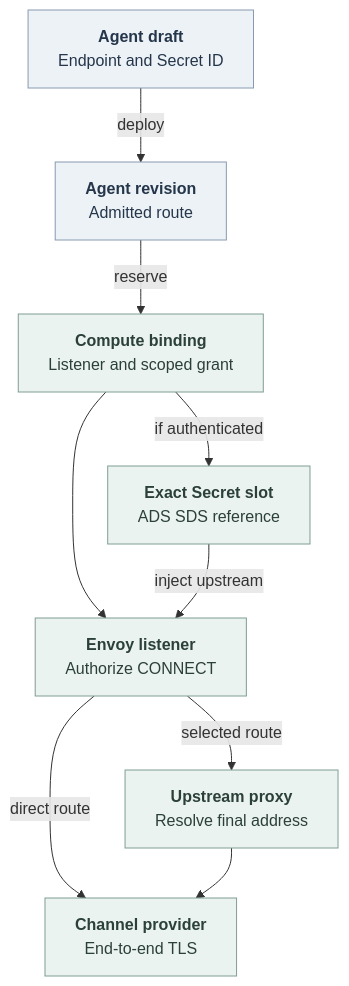
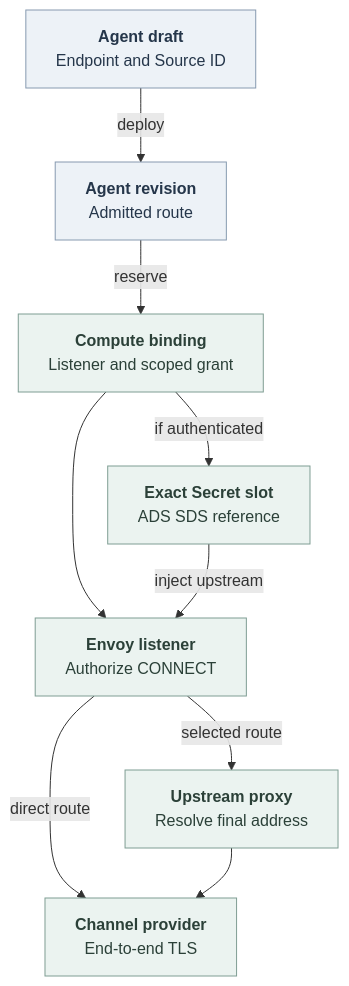
Before and after one commit to openclaw/openclaw-enterprise: the second of 2 diagrams in docs/flows/channel-egress.md, drawn with Mermaid. The commit also changed other lines of this file and 33 other files, not shown here.

````diff
--- a/docs/flows/channel-egress.md
+++ b/docs/flows/channel-egress.md
@@ -75,20 +75,20 @@
 ```mermaid
 ---
 config:
   flowchart:
     htmlLabels: true
 ---
 flowchart TB
-  Draft["<b>Agent draft</b><br/>Endpoint and Secret ID"] -->|deploy| Revision["<b>Agent revision</b><br/>Admitted route"]
+  Draft["<b>Agent draft</b><br/>Endpoint and Source ID"] -->|deploy| Revision["<b>Agent revision</b><br/>Admitted route"]
   Revision -->|reserve| Binding["<b>Compute binding</b><br/>Listener and scoped grant"]
   Binding -->|if authenticated| Slot["<b>Exact Secret slot</b><br/>ADS SDS reference"]
   Binding --> Envoy["<b>Envoy listener</b><br/>Authorize CONNECT"]
   Slot -->|inject upstream| Envoy
   Envoy -->|direct route| Provider["<b>Channel provider</b><br/>End-to-end TLS"]
   Envoy -->|selected route| Proxy["<b>Upstream proxy</b><br/>Resolve final address"]
   Proxy --> Provider
   classDef state fill:#EDF2F7,stroke:#879AB0,color:#25364A,stroke-width:1px
   classDef operation fill:#EBF3F0,stroke:#7F9D93,color:#2B4038,stroke-width:1px
   class Draft,Revision state
   class Binding,Slot,Envoy,Proxy,Provider operation
 ```
````
